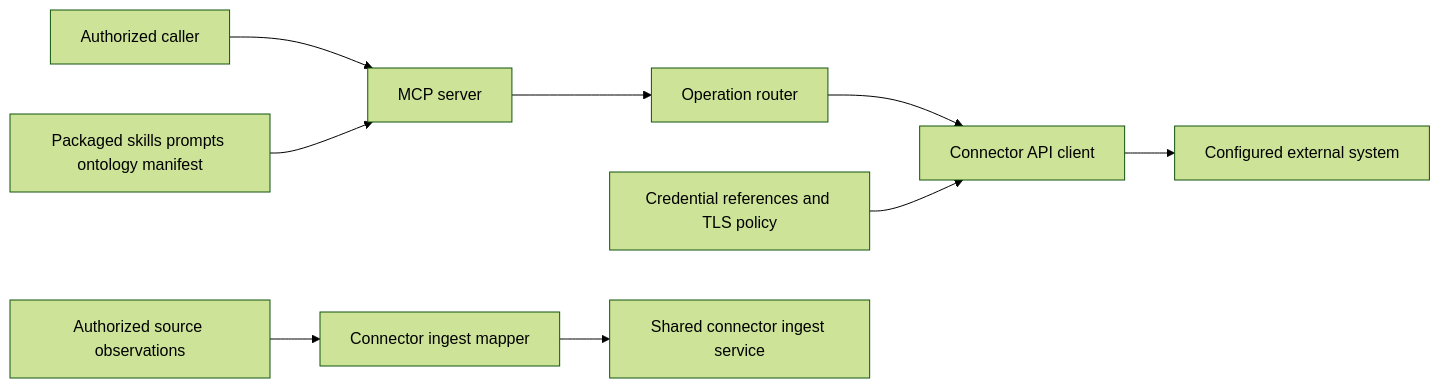
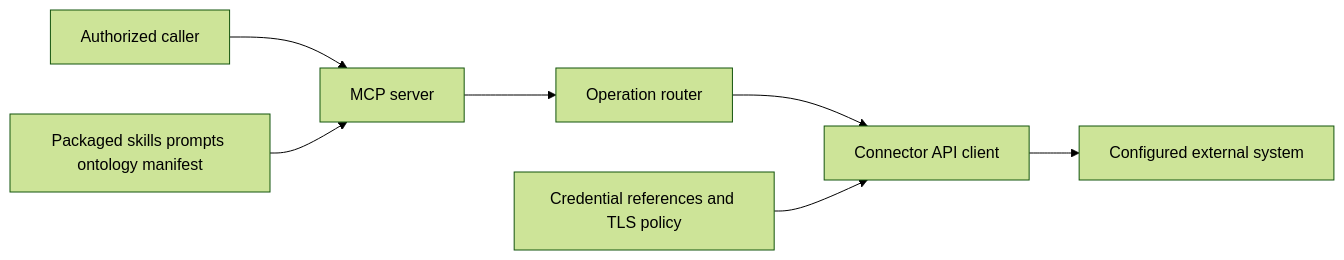
Before and after one commit to Knuckles-Team/craft-suite-api: the diagram in docs/architecture.md, drawn with Mermaid (forest theme). The commit also changed other lines of this file and 54 other files, not shown here.

````diff
--- a/docs/architecture.md
+++ b/docs/architecture.md
@@ -6,11 +6,9 @@
 ```mermaid
 flowchart LR
     Caller[Authorized caller] --> Server[MCP server]
     Server --> Router[Operation router]
     Router --> Client[Connector API client]
     Client --> Vendor[Configured external system]
     Resolver[Credential references and TLS policy] --> Client
     Content[Packaged skills prompts ontology manifest] --> Server
-    Source[Authorized source observations] --> Mapper[Connector ingest mapper]
-    Mapper --> SDK[Shared connector ingest service]
 ```
````
